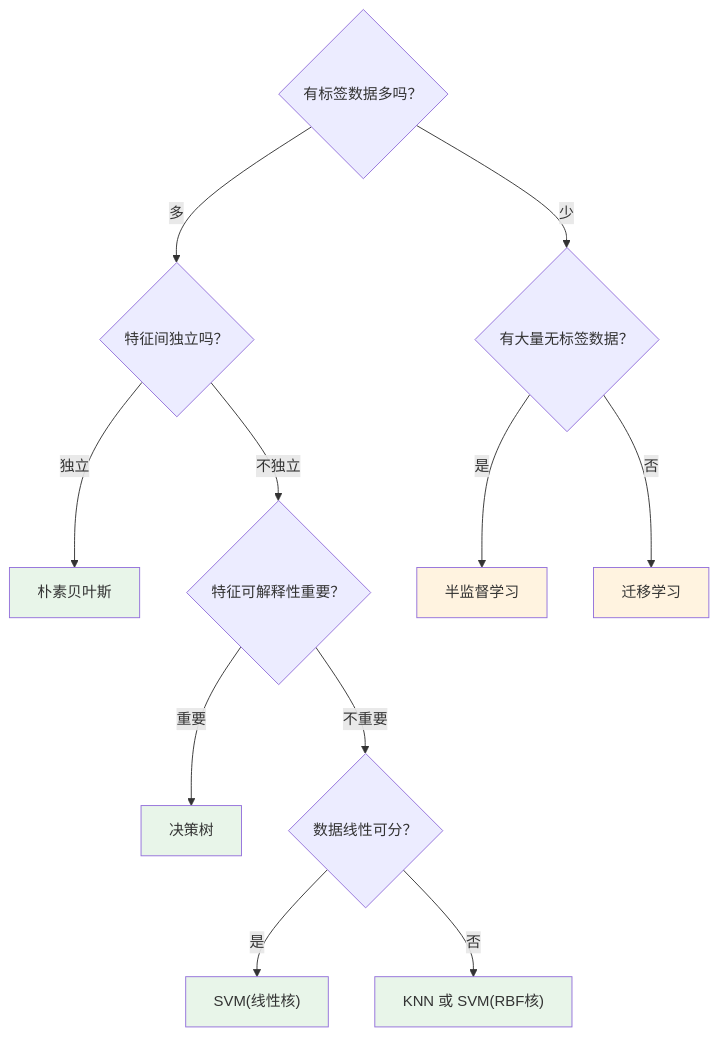
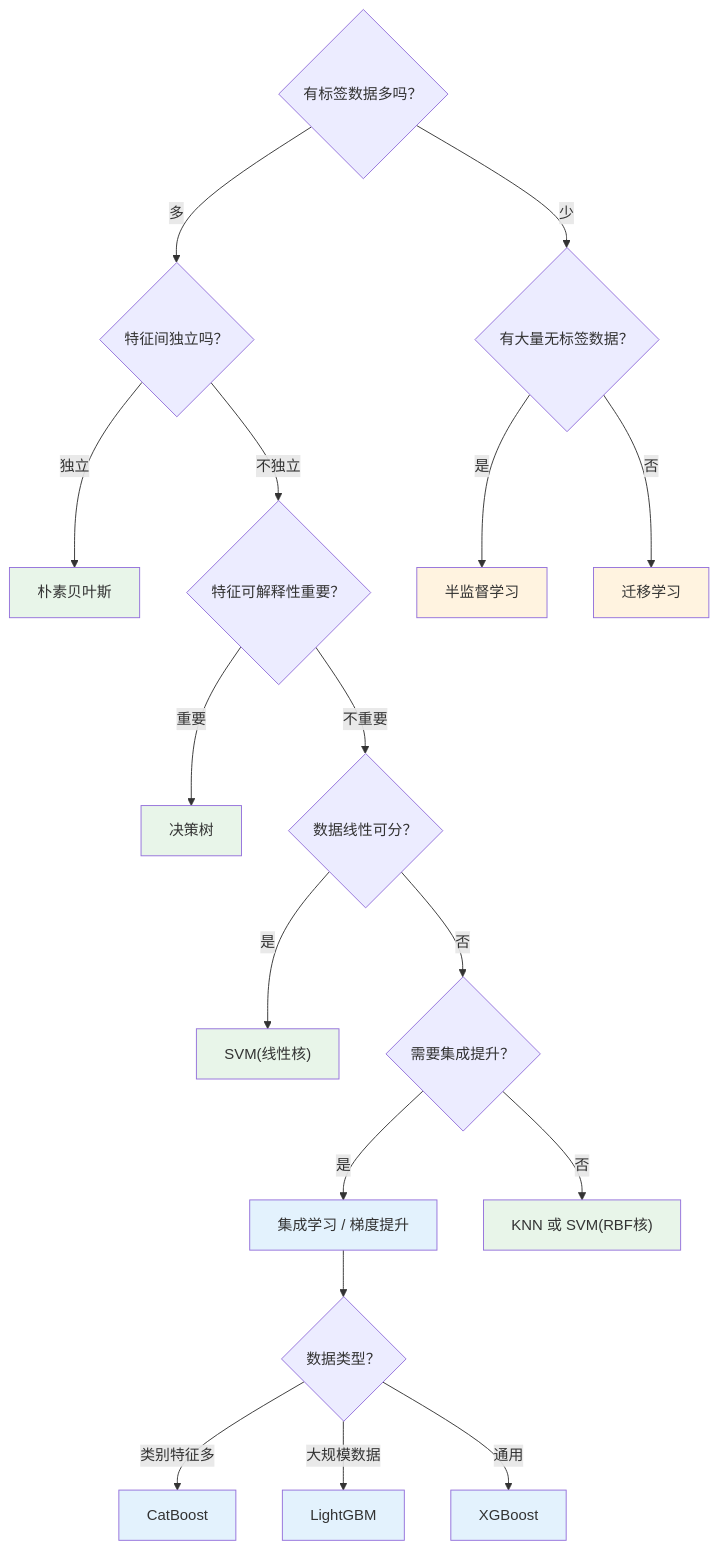
One commit to Wunseol/python-data-mining changed the second of 3 diagrams in docs/02-学习路线.md. Above: the diagram before and after it, drawn with Mermaid. The commit also changed other lines of this file and 34 other files, not shown here.

````diff
--- a/docs/02-学习路线.md
+++ b/docs/02-学习路线.md
@@ -171,25 +235,37 @@
 ```mermaid
 flowchart TD
     Q1{"有标签数据多吗？"}
     Q1 -->|"多"| Q2{"特征间独立吗？"}
     Q1 -->|"少"| Q3{"有大量无标签数据？"}
-    
+
     Q2 -->|"独立"| NB["朴素贝叶斯"]
     Q2 -->|"不独立"| Q4{"特征可解释性重要？"}
-    
+
     Q4 -->|"重要"| DT["决策树"]
     Q4 -->|"不重要"| Q5{"数据线性可分？"}
-    
+
     Q5 -->|"是"| SVM["SVM(线性核)"]
-    Q5 -->|"否"| KNN["KNN 或 SVM(RBF核)"]
-    
+    Q5 -->|"否"| Q6{"需要集成提升？"}
+
+    Q6 -->|"是"| ENS["集成学习 / 梯度提升"]
+    Q6 -->|"否"| KNN["KNN 或 SVM(RBF核)"]
+
     Q3 -->|"是"| SSL["半监督学习"]
     Q3 -->|"否"| TL["迁移学习"]
+
+    ENS --> Q7{"数据类型？"}
+    Q7 -->|"类别特征多"| CB["CatBoost"]
+    Q7 -->|"大规模数据"| LGB["LightGBM"]
+    Q7 -->|"通用"| XGB["XGBoost"]
 
     style NB fill:#e8f5e9
     style DT fill:#e8f5e9
     style SVM fill:#e8f5e9
     style KNN fill:#e8f5e9
     style SSL fill:#fff3e0
     style TL fill:#fff3e0
+    style ENS fill:#e3f2fd
+    style CB fill:#e3f2fd
+    style LGB fill:#e3f2fd
+    style XGB fill:#e3f2fd
 ```
````
